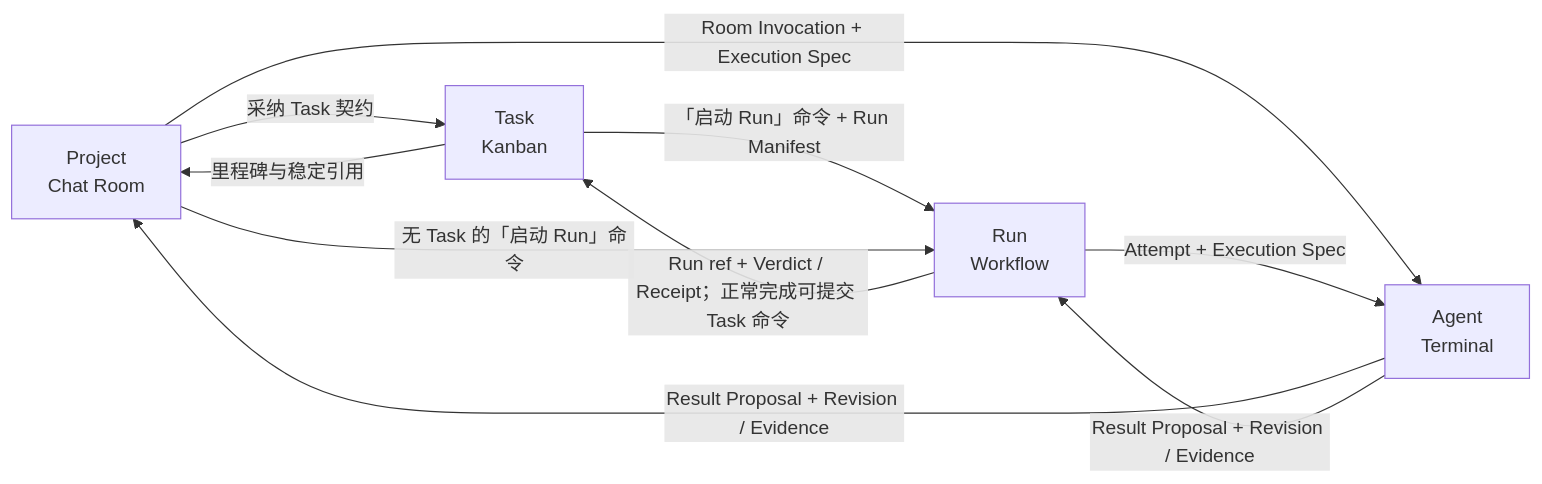
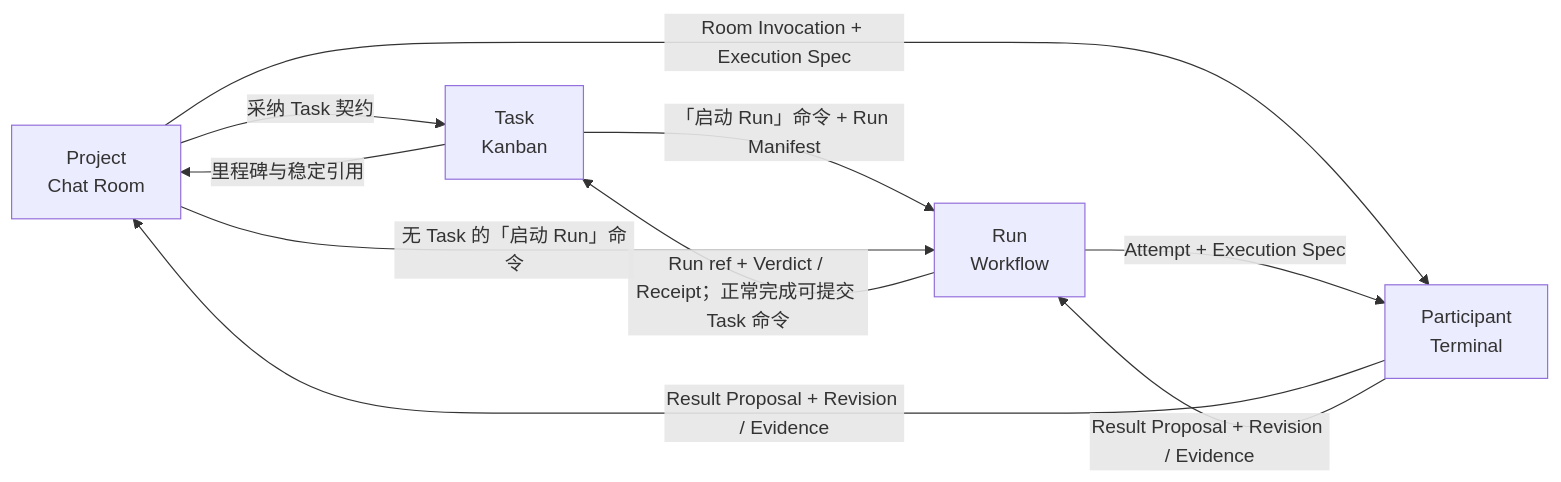
One commit to yesme/hctl2 changed the diagram in docs/design/spec/connections.md. Above: the diagram before and after it, drawn with Mermaid. The commit also changed other lines of this file and 24 other files, not shown here.

````diff
--- a/docs/design/spec/connections.md
+++ b/docs/design/spec/connections.md
@@ -20,12 +20,12 @@
 ```mermaid
 flowchart LR
     P["Project<br/>Chat Room"] -->|采纳 Task 契约| T["Task<br/>Kanban"]
     T -->|「启动 Run」命令 + Run Manifest| R["Run<br/>Workflow"]
     P -->|无 Task 的「启动 Run」命令| R
-    P -->|Room Invocation + Execution Spec| H["Agent<br/>Terminal"]
+    P -->|Room Invocation + Execution Spec| H["Participant<br/>Terminal"]
     R -->|Attempt + Execution Spec| H
     H -->|Result Proposal + Revision / Evidence| P
     H -->|Result Proposal + Revision / Evidence| R
     R -->|Run ref + Verdict / Receipt；正常完成可提交 Task 命令| T
     T -->|里程碑与稳定引用| P
 ```
````
